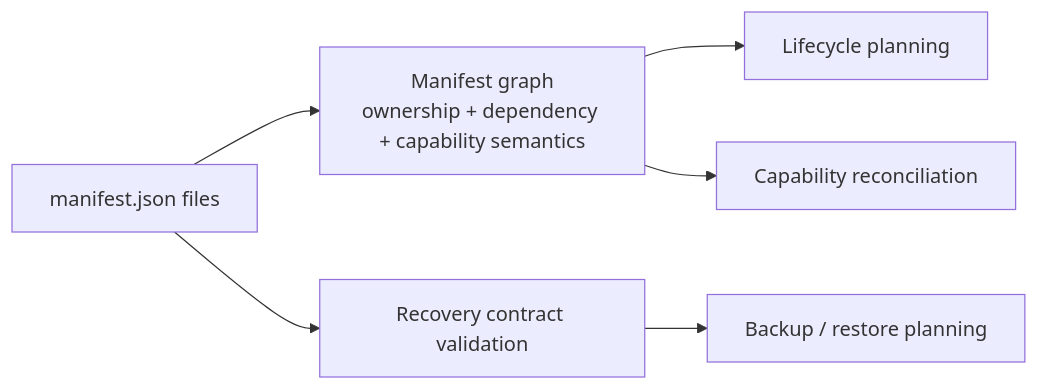
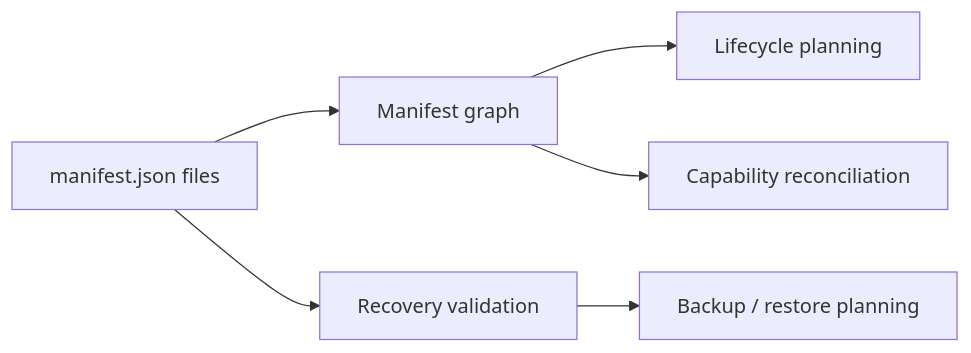
The second of 5 diagrams in docs/architecture/management-plane.md (ea1het/local_hybrid_ai), drawn with Mermaid before and after one commit. The commit also changed other lines of this file and 298 other files, not shown here.

````diff
--- a/docs/architecture/management-plane.md
+++ b/docs/architecture/management-plane.md
@@ -41,8 +40,8 @@
 ```mermaid
 flowchart LR
-    M["manifest.json files"] --> CORE["Manifest graph\nownership + dependency + capability semantics"]
-    M --> REC["Recovery contract validation"]
-    CORE --> LIFE["Lifecycle planning"]
-    CORE --> CAP["Capability reconciliation"]
-    REC --> DR["Backup / restore planning"]
+    M[manifest.json files] --> CORE[Manifest graph]
+    M --> REC[Recovery validation]
+    CORE --> LIFE[Lifecycle planning]
+    CORE --> CAP[Capability reconciliation]
+    REC --> DR[Backup / restore planning]
 ```
````
